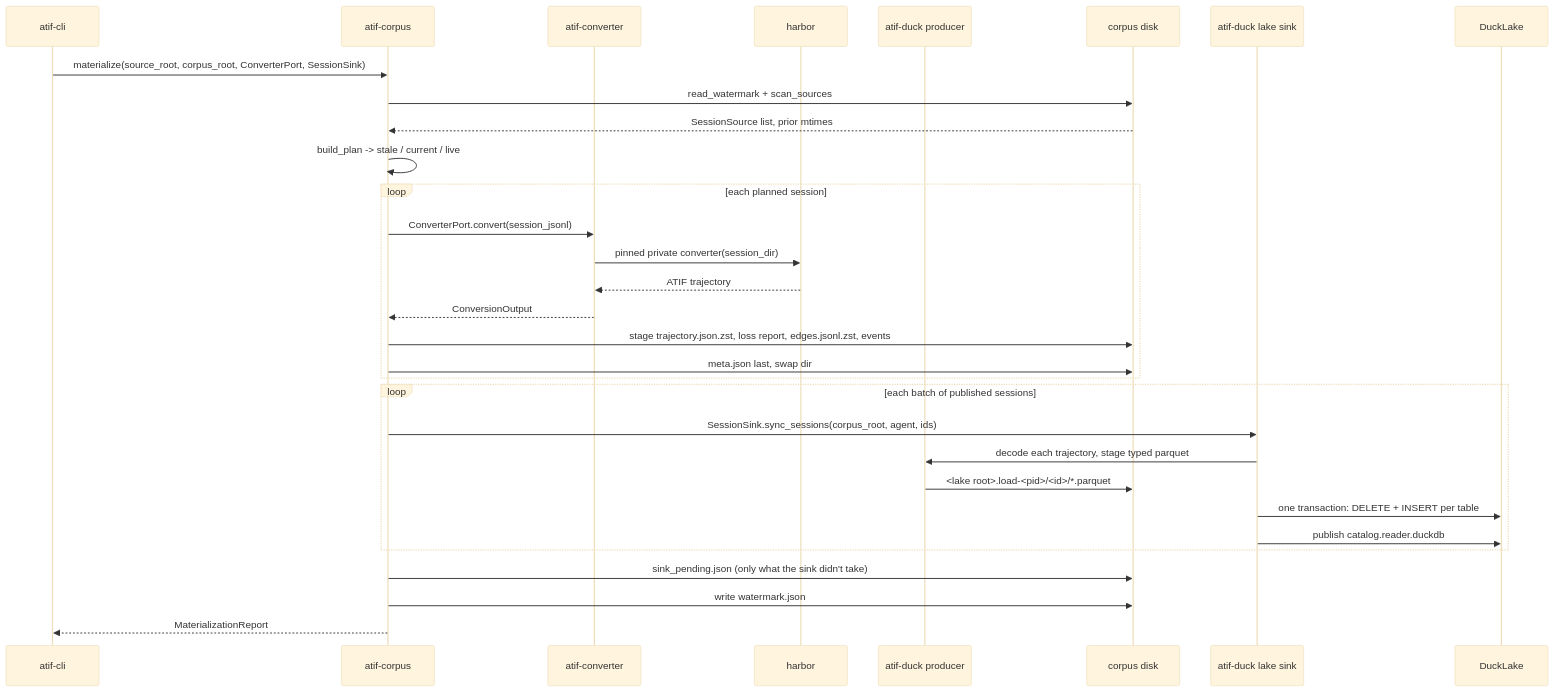
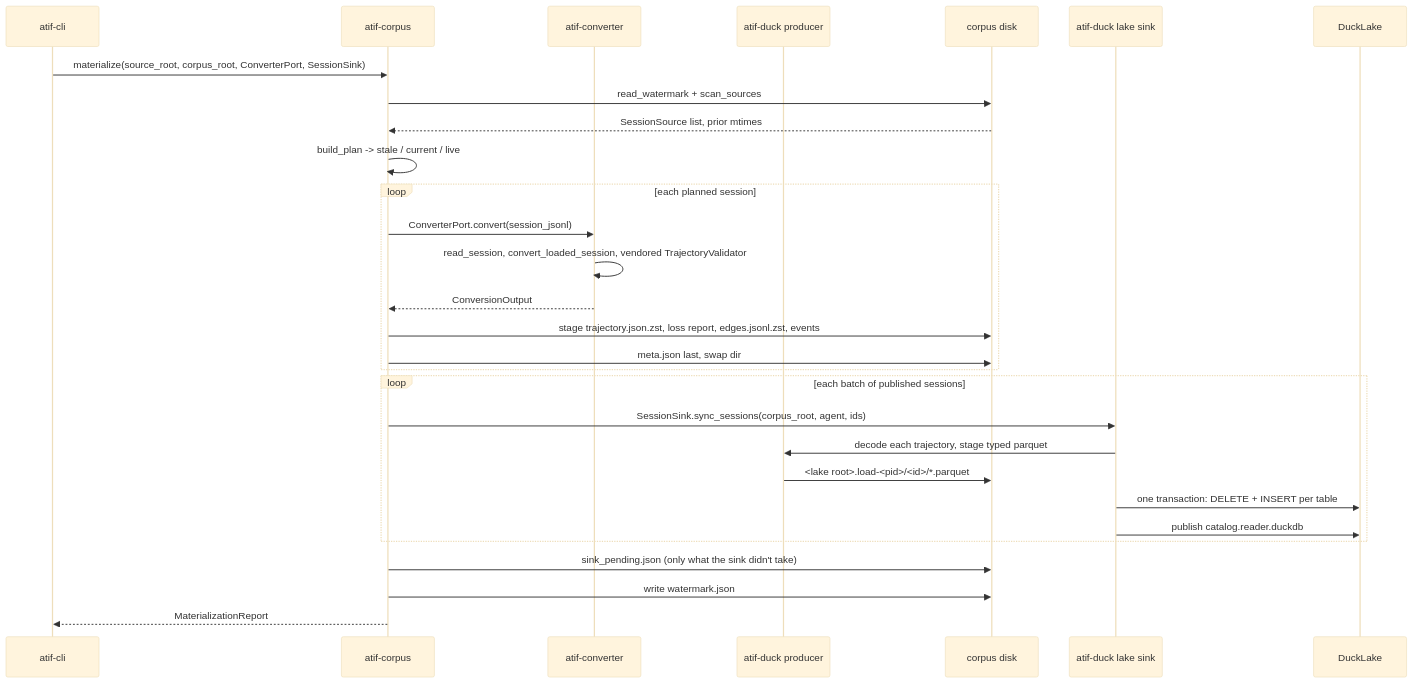
Before and after one commit to laithalsaadoon/atif-sql: the first of 3 diagrams in docs/architecture/data-flow.md, drawn with Mermaid (base theme). The commit also changed other lines of this file and 32 other files, not shown here.

````diff
--- a/docs/architecture/data-flow.md
+++ b/docs/architecture/data-flow.md
@@ -76,34 +77,32 @@
 ```mermaid
 sequenceDiagram
     participant CLI as atif-cli
     participant Corpus as atif-corpus
     participant Conv as atif-converter
-    participant Harbor as harbor
     participant Producer as atif-duck producer
     participant Disk as corpus disk
     participant Sink as atif-duck lake sink
     participant Lake as DuckLake
 
     CLI->>Corpus: materialize(source_root, corpus_root, ConverterPort, SessionSink)
     Corpus->>Disk: read_watermark + scan_sources
     Disk-->>Corpus: SessionSource list, prior mtimes
     Corpus->>Corpus: build_plan -> stale / current / live
     loop each planned session
         Corpus->>Conv: ConverterPort.convert(session_jsonl)
-        Conv->>Harbor: pinned private converter(session_dir)
-        Harbor-->>Conv: ATIF trajectory
+        Conv->>Conv: read_session, convert_loaded_session, vendored TrajectoryValidator
         Conv-->>Corpus: ConversionOutput
         Corpus->>Disk: stage trajectory.json.zst, loss report, edges.jsonl.zst, events
         Corpus->>Disk: meta.json last, swap dir
     end
     loop each batch of published sessions
         Corpus->>Sink: SessionSink.sync_sessions(corpus_root, agent, ids)
         Sink->>Producer: decode each trajectory, stage typed parquet
         Producer->>Disk: <lake root>.load-<pid>/<id>/*.parquet
         Sink->>Lake: one transaction: DELETE + INSERT per table
         Sink->>Lake: publish catalog.reader.duckdb
     end
     Corpus->>Disk: sink_pending.json (only what the sink didn't take)
     Corpus->>Disk: write watermark.json
     Corpus-->>CLI: MaterializationReport
 ```
````
